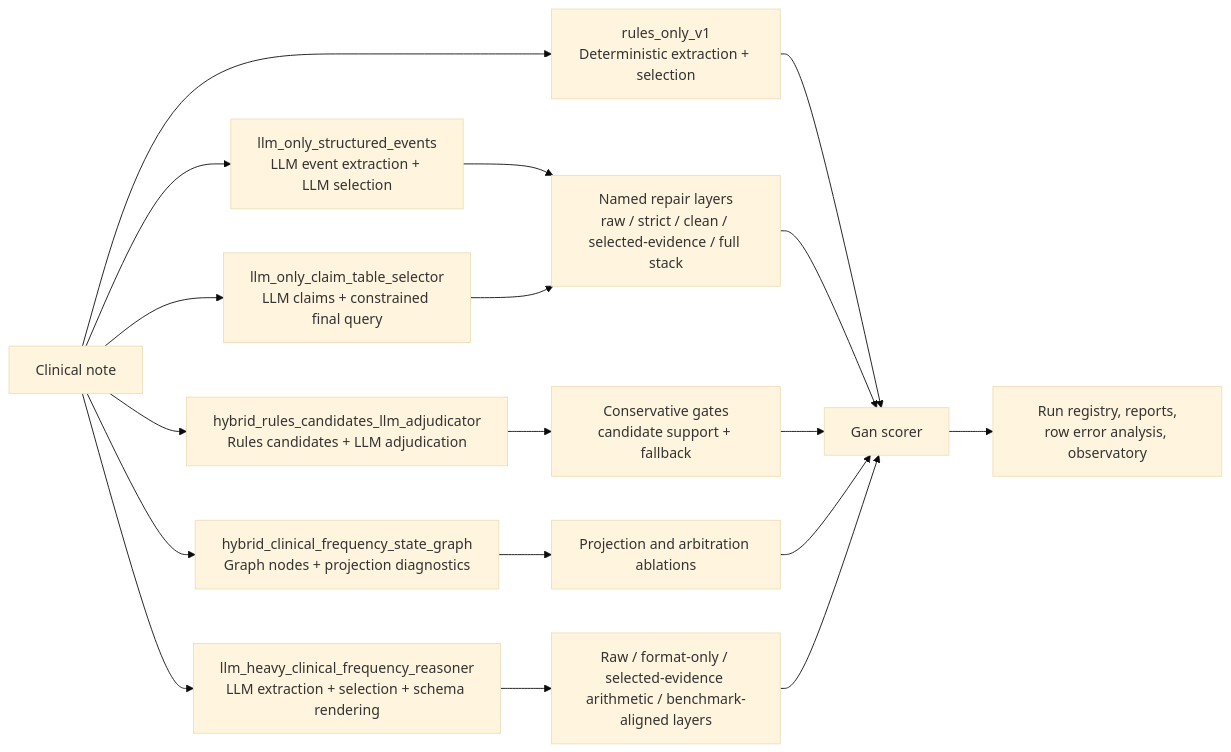
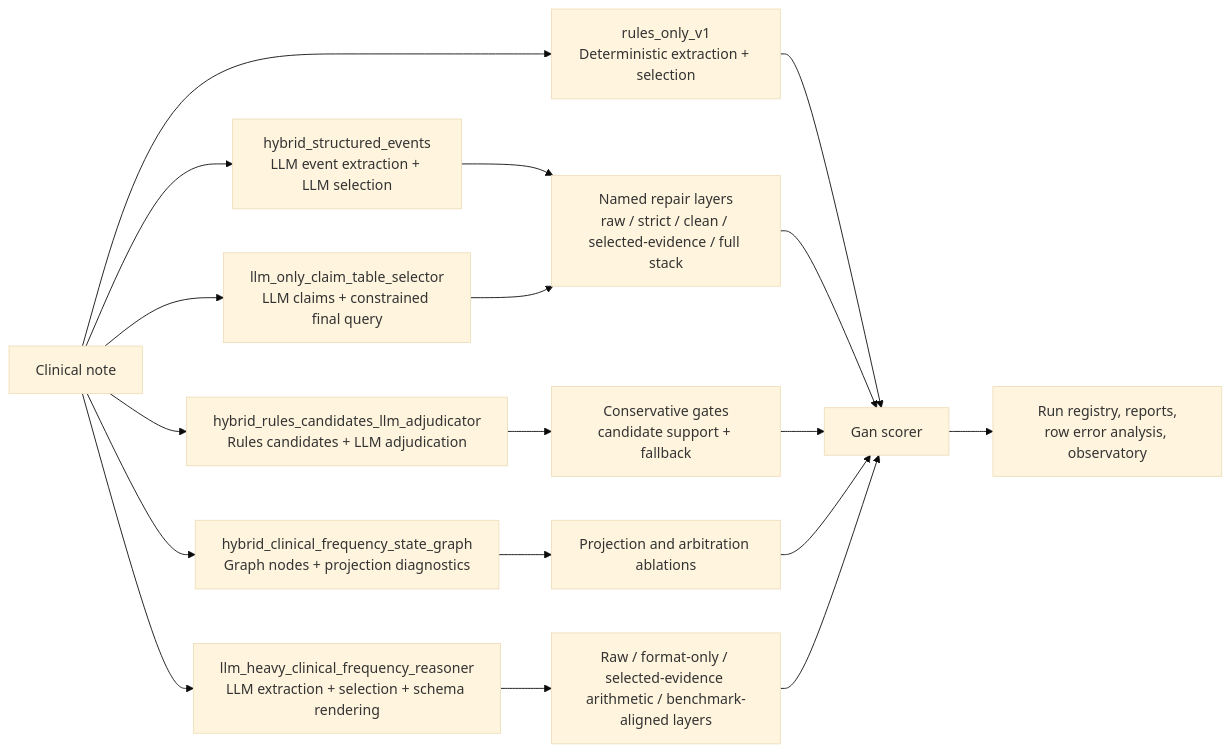
Before and after one commit to cbrown564-alt/clinical_extraction: the first of 7 diagrams in docs/research/gan2026_full_research_retrospective_2026-06-02.md, drawn with Mermaid (base theme). The commit also changed other lines of this file and 70 other files, not shown here.

````diff
--- a/docs/research/gan2026_full_research_retrospective_2026-06-02.md
+++ b/docs/research/gan2026_full_research_retrospective_2026-06-02.md
@@ -69,23 +69,23 @@
 ```mermaid
 flowchart LR
     N["Clinical note"] --> R["rules_only_v1\nDeterministic extraction + selection"]
-    N --> SE["llm_only_structured_events\nLLM event extraction + LLM selection"]
+    N --> SE["hybrid_structured_events\nLLM event extraction + LLM selection"]
     N --> CT["llm_only_claim_table_selector\nLLM claims + constrained final query"]
     N --> HC["hybrid_rules_candidates_llm_adjudicator\nRules candidates + LLM adjudication"]
     N --> SG["hybrid_clinical_frequency_state_graph\nGraph nodes + projection diagnostics"]
     N --> LH["llm_heavy_clinical_frequency_reasoner\nLLM extraction + selection + schema rendering"]
 
     R --> S["Gan scorer"]
     SE --> RP["Named repair layers\nraw / strict / clean / selected-evidence / full stack"]
     CT --> RP
     HC --> G["Conservative gates\ncandidate support + fallback"]
     SG --> P["Projection and arbitration ablations"]
     LH --> L["Raw / format-only / selected-evidence arithmetic / benchmark-aligned layers"]
 
     RP --> S
     G --> S
     P --> S
     L --> S
 
     S --> A["Run registry, reports,\nrow error analysis, observatory"]
 ```
````
